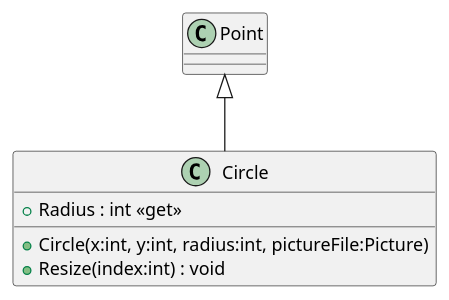
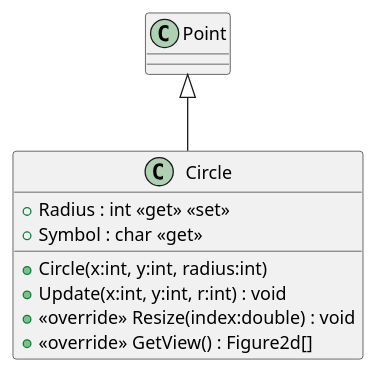
Before and after one commit to 19vano97/levelUpOOP: the diagram in plantuml/20240701_HW_Inheritence/Circle.puml, drawn with PlantUML. The commit also changed 35 other files, not shown here.

```diff
--- a/plantuml/20240701_HW_Inheritence/Circle.puml
+++ b/plantuml/20240701_HW_Inheritence/Circle.puml
@@ -1,8 +1,11 @@
 @startuml
 class Circle {
-    + Circle(x:int, y:int, radius:int, pictureFile:Picture)
-    + Radius : int <<get>>
-    + Resize(index:int) : void
+    + Circle(x:int, y:int, radius:int)
+    + Radius : int <<get>> <<set>>
+    + Symbol : char <<get>>
+    + Update(x:int, y:int, r:int) : void
+    + <<override>> Resize(index:double) : void
+    + <<override>> GetView() : Figure2d[]
 }
 Point <|-- Circle
 @enduml
```
